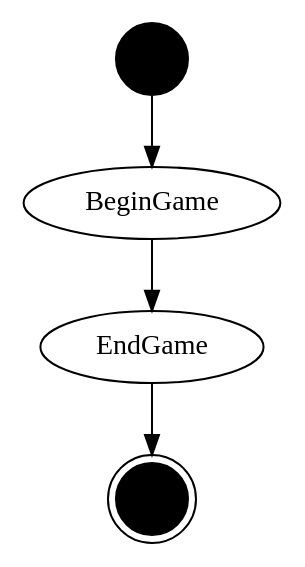
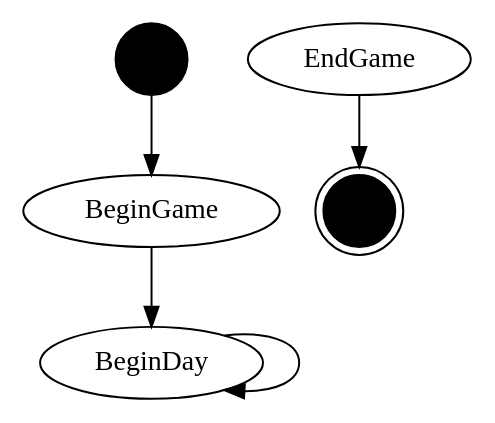
One commit to ahepp/pct changed the diagram in dot/states.dot. Above: the diagram before and after it, drawn with Graphviz. The commit also changed 4 other files, not shown here.

```diff
--- a/dot/states.dot
+++ b/dot/states.dot
@@ -1,7 +1,8 @@
 digraph states {
     start [label="" shape=circle style=filled color=black]
     end [label="" shape=doublecircle style=filled color=black]
     start -> BeginGame
-    BeginGame -> EndGame
+    BeginGame -> BeginDay
+    BeginDay -> BeginDay
     EndGame -> end
 }
```
